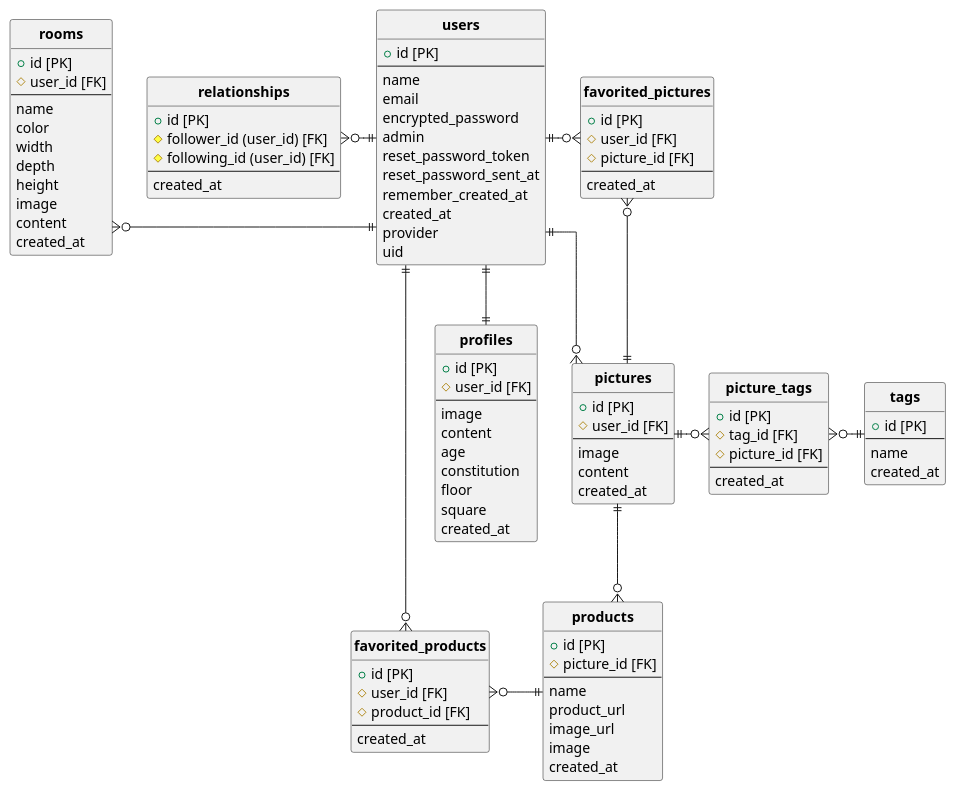
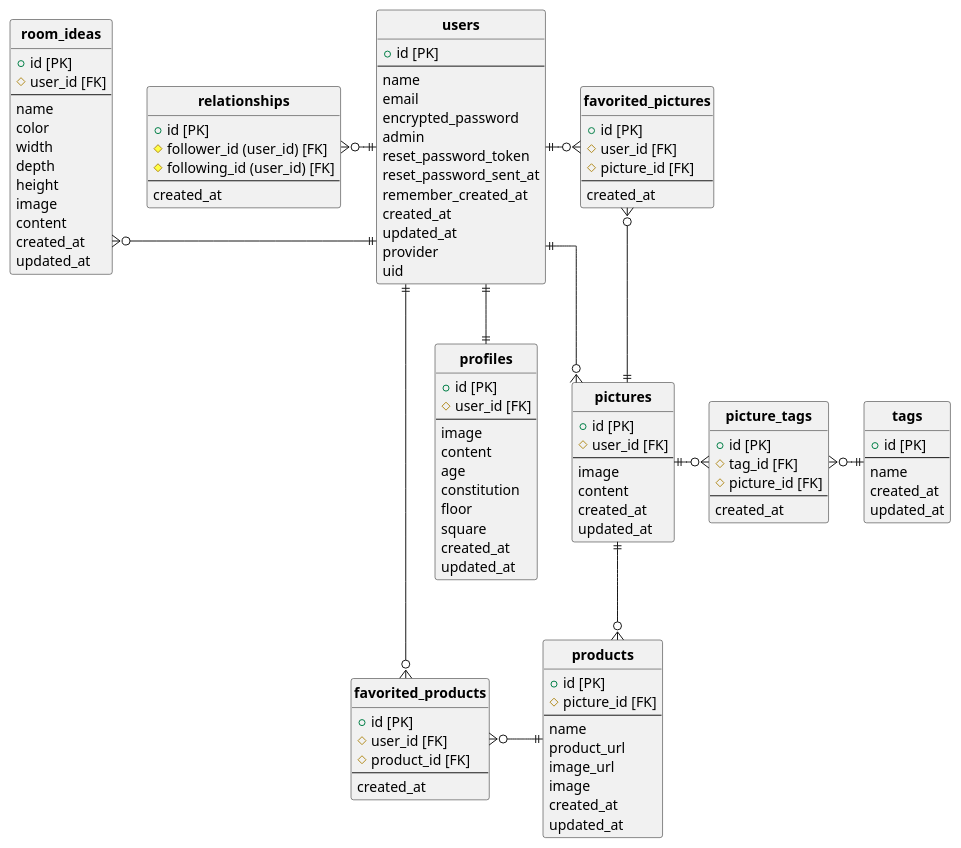
The diagram in ERmyru.pu (fynmrtsk1225/kadai_13), drawn with PlantUML before and after one commit. The commit also changed 1 other file, not shown here.

Commit message:
ER図とREADME.mdを修正

```diff
--- a/ERmyru.pu
+++ b/ERmyru.pu
@@ -6,121 +6,127 @@
 @startuml yonde
 ' hide the spot
 hide circle
 
 ' avoid problems with angled crows feet
 skinparam linetype ortho
 
 entity "**users**" as users {
   + id [PK]
   --
   name
   email
   encrypted_password
   admin
   reset_password_token
   reset_password_sent_at
   remember_created_at
   created_at
+  updated_at
   provider
   uid
 }
 
 entity "**profiles**" as profiles {
   + id [PK]
   # user_id [FK]
   --
   image
   content
   age
   constitution
   floor
   square
   created_at
+  updated_at
 }
 
-entity "**rooms**" as rooms {
+entity "**room_ideas**" as room_ideas {
   + id [PK]
   # user_id [FK]
   --
   name
   color
   width
   depth
   height
   image
   content
   created_at
+  updated_at
 }
 
 entity "**relationships**" as relationships {
   + id [PK]
   # follower_id (user_id) [FK]
   # following_id (user_id) [FK]
   --
   created_at
 }
 
 entity "**pictures**" as pictures	 {
   + id [PK]
   # user_id [FK]
   --
   image
   content
   created_at
+  updated_at
 }
 
 entity "**favorited_pictures**" as favorited_pictures {
   + id [PK]
   # user_id [FK]
   # picture_id [FK]
   --
   created_at
 }
 
 entity "**products**" as products {
   + id [PK]
   # picture_id [FK]
   --
   name
   product_url
   image_url
   image
   created_at
+  updated_at
 }
 
 entity "**favorited_products**" as favorited_products {
   + id [PK]
   # user_id [FK]
   # product_id [FK]
   --
   created_at
 }
 
 entity "**tags**" as tags {
   + id [PK]
   --
   name
   created_at
+  updated_at
 }
 
 entity "**picture_tags**" as picture_tags {
   + id [PK]
   # tag_id [FK]
   # picture_id [FK]
   --
   created_at
 }
 
 users ||-l-o{ relationships
-users ||-l-o{ rooms
+users ||-l-o{ room_ideas
 users ||-r-o{ favorited_pictures
 pictures ||-u-o{ favorited_pictures
 pictures ||--o{ products
 tags ||-l-o{ picture_tags
 products ||-l-o{ favorited_products
 users ||-d-o{ favorited_products
 users ||--o{ pictures
 pictures ||-r-o{ picture_tags
 users ||--|| profiles
 
 @enduml
```
